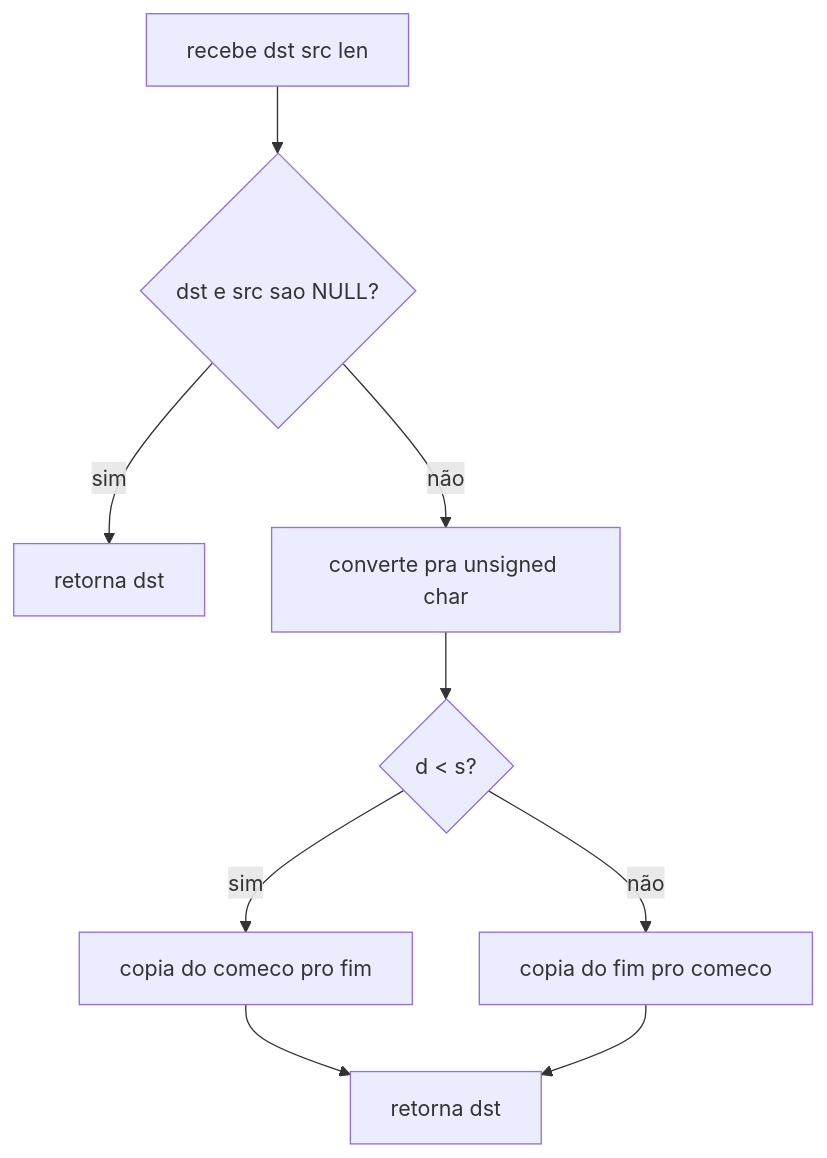
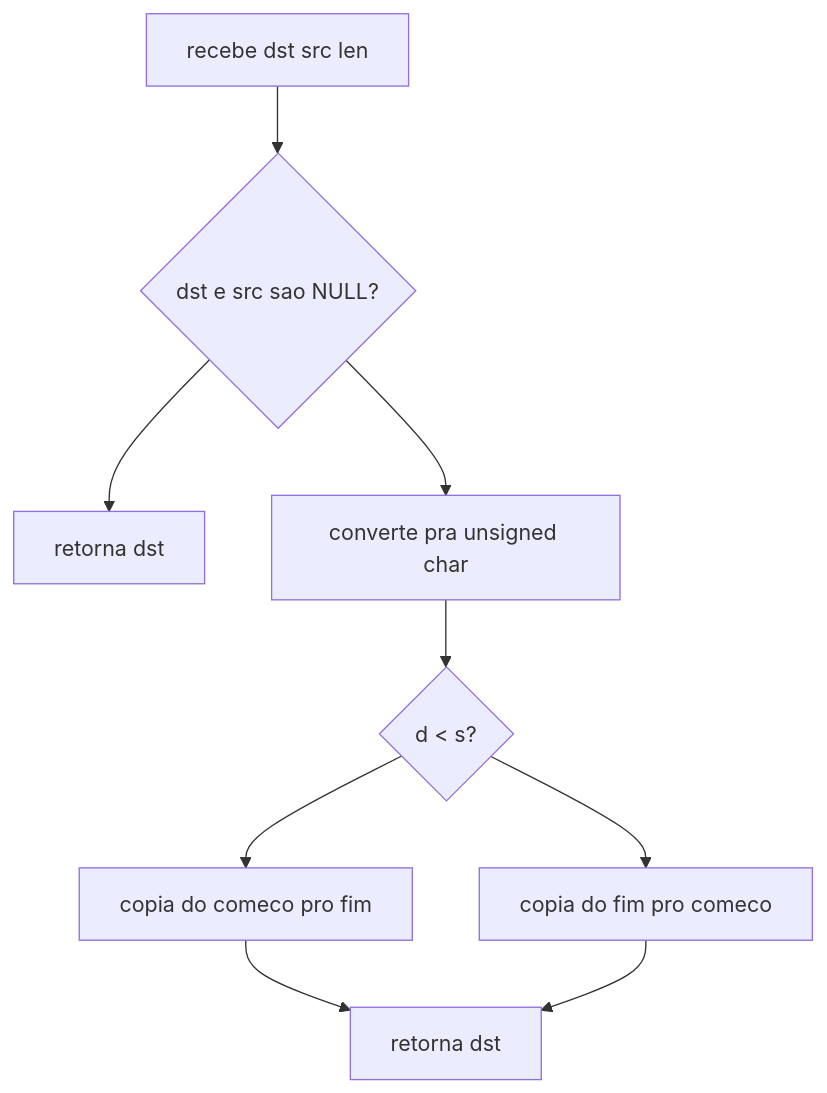
One commit to ahy-git/docs changed the tenth of 43 diagrams in 1-libft/Readme.md. Above: the diagram before and after it, drawn with Mermaid. The commit also changed other lines of this file, not shown here.

````diff
--- a/1-libft/Readme.md
+++ b/1-libft/Readme.md
@@ -943,11 +943,11 @@
 ```mermaid
 flowchart TD
 	A["recebe dst src len"] --> B{"dst e src sao NULL?"}
-	B -- sim --> C["retorna dst"]
-	B -- não --> D["converte pra unsigned char"]
+	B --> C["retorna dst"]
+	B --> D["converte pra unsigned char"]
 	D --> E{"d < s?"}
-	E -- sim --> F["copia do comeco pro fim"]
-	E -- não --> G["copia do fim pro comeco"]
+	E --> F["copia do comeco pro fim"]
+	E --> G["copia do fim pro comeco"]
 	F --> H["retorna dst"]
 	G --> H
 ```
````
